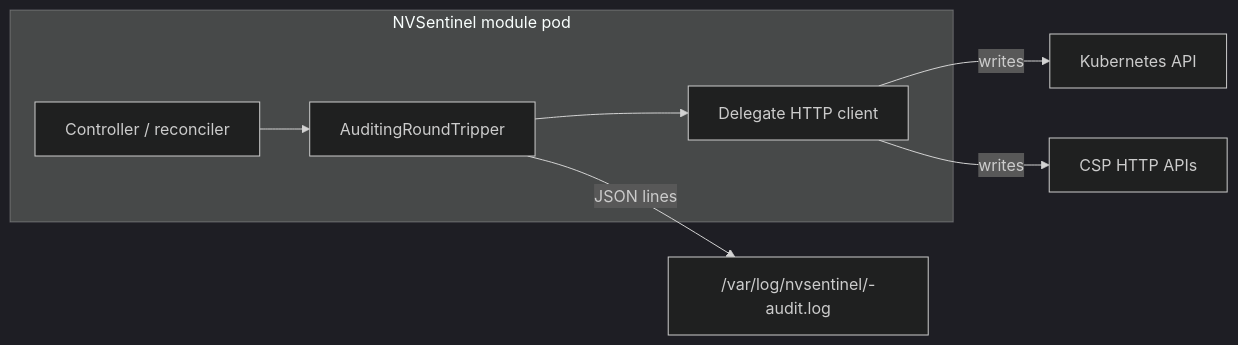
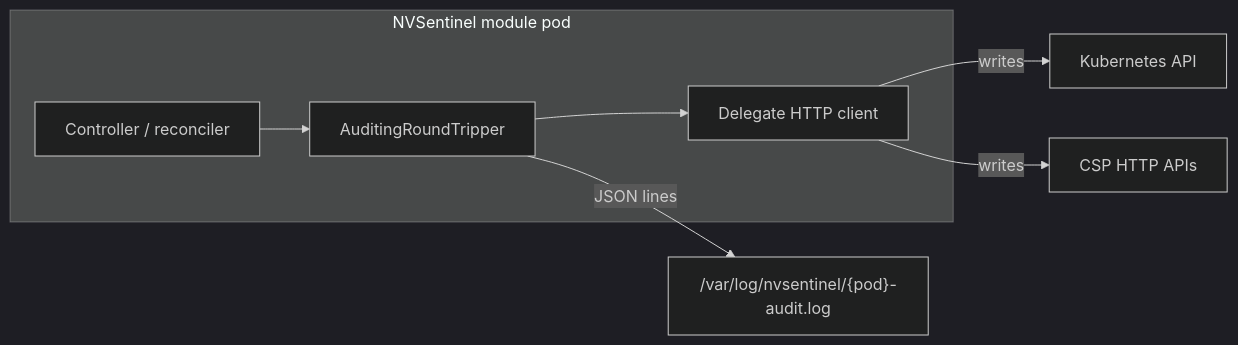
Before and after one commit to lalitadithya/NVSentinel: the diagram in docs/audit-logging.md, drawn with Mermaid (dark theme). The commit also changed other lines of this file and 33 other files, not shown here.

````diff
--- a/docs/audit-logging.md
+++ b/docs/audit-logging.md
@@ -21,13 +21,13 @@
 ```mermaid
 flowchart LR
   subgraph NS["NVSentinel module pod"]
     APP[Controller / reconciler]
     RT[AuditingRoundTripper]
     HTTP[Delegate HTTP client]
     APP --> RT
     RT --> HTTP
   end
   HTTP -->|writes| K8S[Kubernetes API]
   HTTP -->|writes| CSP[CSP HTTP APIs]
-  RT -->|JSON lines| LOG["/var/log/nvsentinel/<pod>-audit.log"]
+  RT -->|JSON lines| LOG["/var/log/nvsentinel/{pod}-audit.log"]
 ```
````
